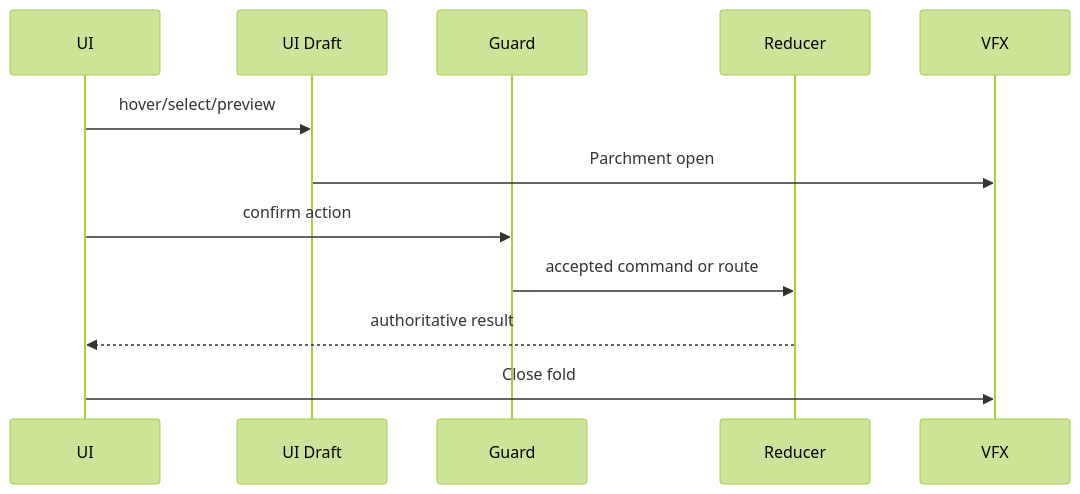
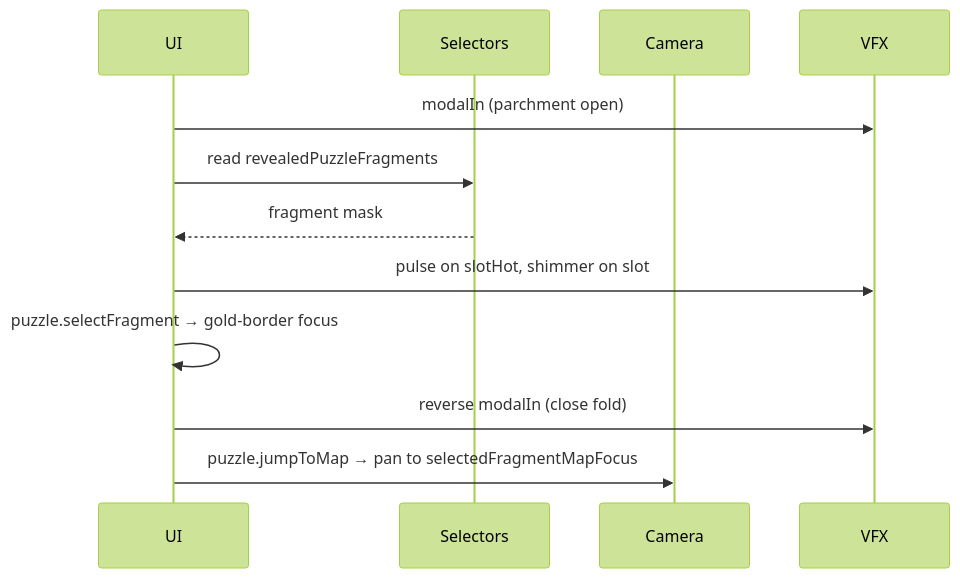
One commit to SunaNoOshiro/Heroes_Reforged_AI_Realms changed the fourth of 5 diagrams in docs/architecture/wiki/screens/10-puzzle-map/architecture.md. Above: the diagram before and after it, drawn with Mermaid (forest theme). The commit also changed other lines of this file and 518 other files, not shown here.

First line of the commit message:
Add doc-audit skill and sweep architecture/screen docs

````diff
--- a/docs/architecture/wiki/screens/10-puzzle-map/architecture.md
+++ b/docs/architecture/wiki/screens/10-puzzle-map/architecture.md
@@ -52,14 +57,14 @@
 ```mermaid
 sequenceDiagram
   participant UI
-  participant Draft as UI Draft
-  participant Guard
-  participant Reducer
+  participant Selectors
+  participant Camera
   participant VFX
-  UI->>Draft: hover/select/preview
-  Draft->>VFX: Parchment open
-  UI->>Guard: confirm action
-  Guard->>Reducer: accepted command or route
-  Reducer-->>UI: authoritative result
-  UI->>VFX: Close fold
+  UI->>VFX: modalIn (parchment open)
+  UI->>Selectors: read revealedPuzzleFragments
+  Selectors-->>UI: fragment mask
+  UI->>VFX: pulse on slotHot, shimmer on slot
+  UI->>UI: puzzle.selectFragment → gold-border focus
+  UI->>VFX: reverse modalIn (close fold)
+  UI->>Camera: puzzle.jumpToMap → pan to selectedFragmentMapFocus
 ```
````
